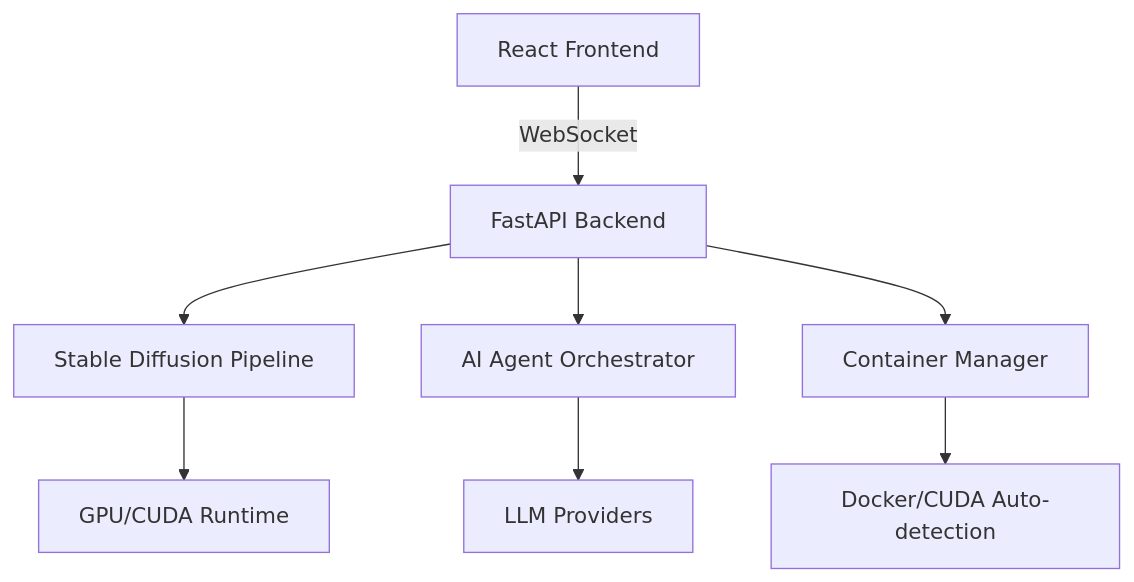
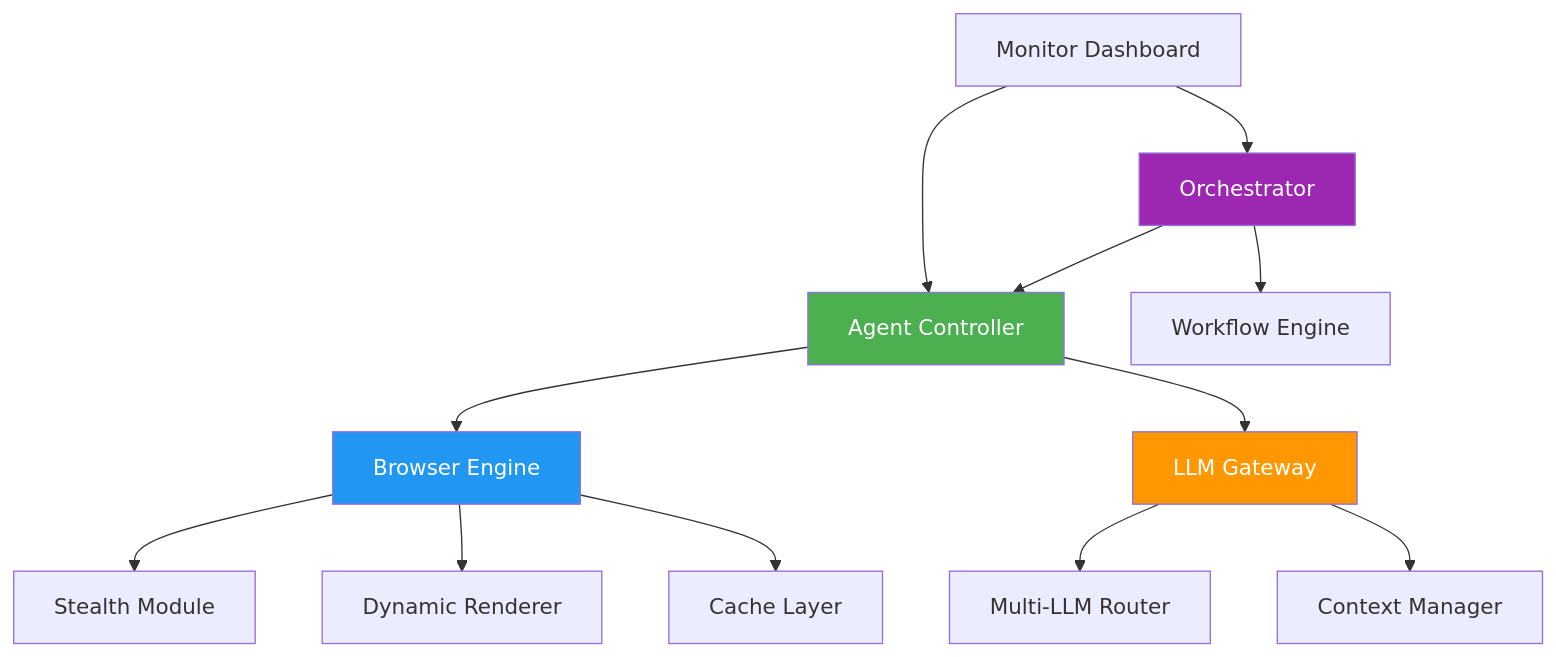
One commit to 77svene/nexus changed the diagram in README.md. Above: the diagram before and after it, drawn with Mermaid. The commit also changed other lines of this file, not shown here.

````diff
--- a/README.md
+++ b/README.md
@@ -49,10 +87,19 @@
 ```mermaid
-graph TD
-    A[React Frontend] -->|WebSocket| B[FastAPI Backend]
-    B --> C[Stable Diffusion Pipeline]
-    B --> D[AI Agent Orchestrator]
-    C --> E[GPU/CUDA Runtime]
-    D --> F[LLM Providers]
-    B --> G[Container Manager]
-    G --> H[Docker/CUDA Auto-detection]
+graph TB
+    A[Agent Controller] --> B[Browser Engine]
+    A --> C[LLM Gateway]
+    B --> D[Stealth Module]
+    B --> E[Dynamic Renderer]
+    B --> F[Cache Layer]
+    C --> G[Multi-LLM Router]
+    C --> H[Context Manager]
+    I[Orchestrator] --> A
+    I --> J[Workflow Engine]
+    K[Monitor Dashboard] --> A
+    K --> I
+    
+    style A fill:#4CAF50,color:white
+    style B fill:#2196F3,color:white
+    style C fill:#FF9800,color:white
+    style I fill:#9C27B0,color:white
 ```
````
